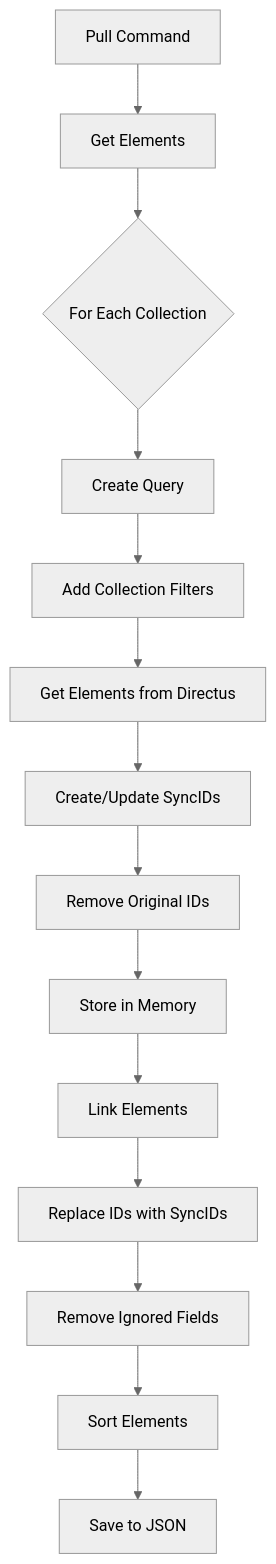
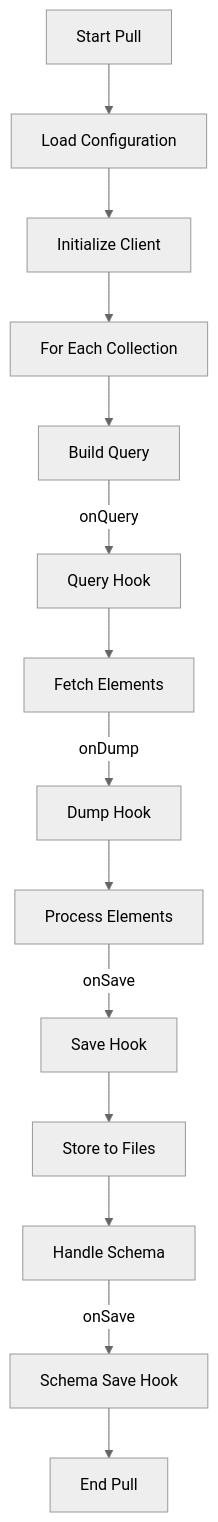
One commit to tractr/directus-sync changed the first of 3 diagrams in website/docs/core-concepts/synchronization-process.md. Above: the diagram before and after it, drawn with Mermaid (neutral theme). The commit also changed other lines of this file and 8 other files, not shown here.

````diff
--- a/website/docs/core-concepts/synchronization-process.md
+++ b/website/docs/core-concepts/synchronization-process.md
@@ -11,16 +17,16 @@
 ```mermaid
 flowchart TB
-    A[Pull Command] --> B[Get Elements]
-    B --> C{For Each Collection}
-    C --> D[Create Query]
-    D --> E[Add Collection Filters]
-    E --> F[Get Elements from Directus]
-    F --> G[Create/Update SyncIDs]
-    G --> H[Remove Original IDs]
-    H --> I[Store in Memory]
-    I --> J[Link Elements]
-    J --> K[Replace IDs with SyncIDs]
-    K --> L[Remove Ignored Fields]
-    L --> M[Sort Elements]
-    M --> N[Save to JSON]
+    Start[Start Pull] --> Config[Load Configuration]
+    Config --> Client[Initialize Client]
+    Client --> Collections[For Each Collection]
+    Collections --> Query[Build Query]
+    Query --> |onQuery| QueryHook[Query Hook]
+    QueryHook --> Fetch[Fetch Elements]
+    Fetch --> |onDump| DumpHook[Dump Hook]
+    DumpHook --> Process[Process Elements]
+    Process --> |onSave| SaveHook[Save Hook]
+    SaveHook --> Store[Store to Files]
+    Store --> Schema[Handle Schema]
+    Schema --> |onSave| SchemaHook[Schema Save Hook]
+    SchemaHook --> End[End Pull]
 ```
````
